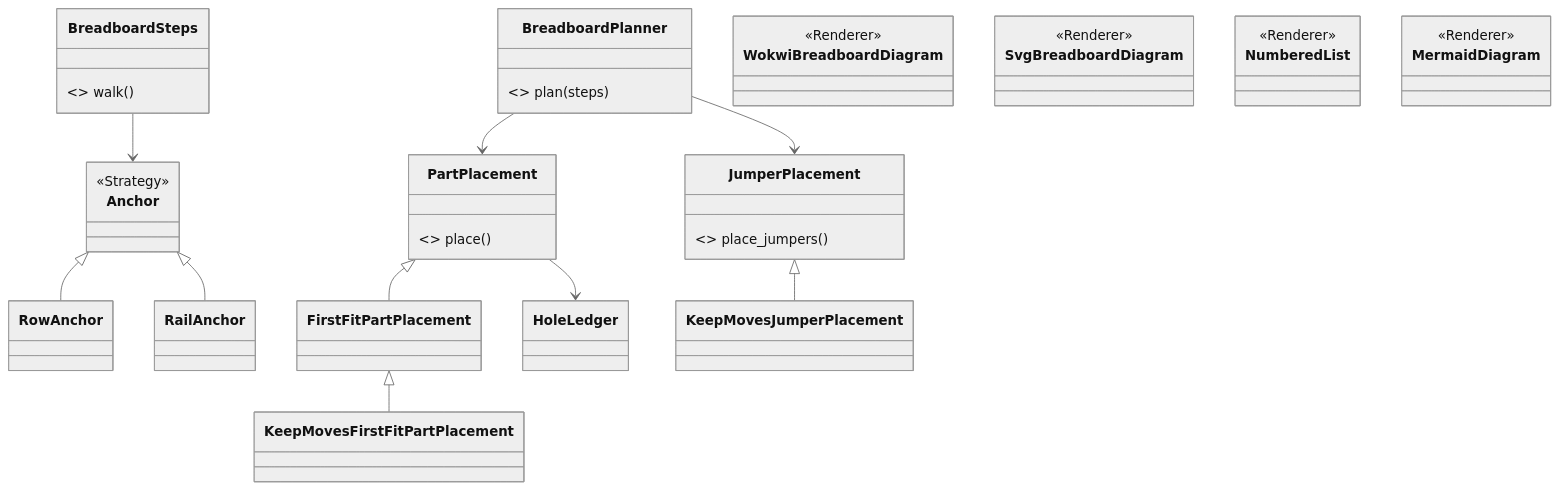
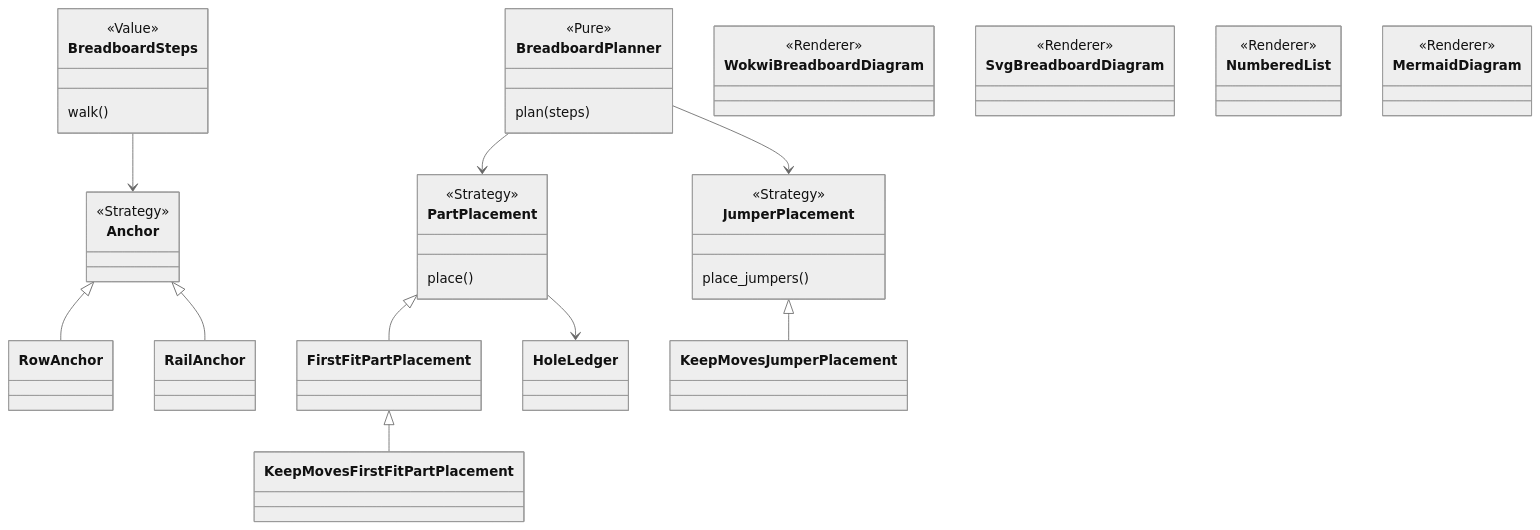
Before and after one commit to xmejkal/spark: the second of 5 diagrams in docs/discovery/2026-10-19-p322-code-architecture/facts.md, drawn with Mermaid (neutral theme). The commit also changed other lines of this file and 1 other file, not shown here.

````diff
--- a/docs/discovery/2026-10-19-p322-code-architecture/facts.md
+++ b/docs/discovery/2026-10-19-p322-code-architecture/facts.md
@@ -79,22 +124,44 @@
 ```mermaid
 classDiagram
-  class BreadboardSteps { <<Value>> walk() }
-  class Anchor { <<Strategy>> }
-  class BreadboardPlanner { <<Pure>> plan(steps) }
-  class PartPlacement { <<Strategy>> place() }
-  class JumperPlacement { <<Strategy>> place_jumpers() }
+  class BreadboardSteps {
+    <<Value>>
+    walk()
+  }
+  class Anchor {
+    <<Strategy>>
+  }
+  class BreadboardPlanner {
+    <<Pure>>
+    plan(steps)
+  }
+  class PartPlacement {
+    <<Strategy>>
+    place()
+  }
+  class JumperPlacement {
+    <<Strategy>>
+    place_jumpers()
+  }
   class HoleLedger
-  class WokwiBreadboardDiagram { <<Renderer>> }
-  class SvgBreadboardDiagram { <<Renderer>> }
-  class NumberedList { <<Renderer>> }
-  class MermaidDiagram { <<Renderer>> }
+  class WokwiBreadboardDiagram {
+    <<Renderer>>
+  }
+  class SvgBreadboardDiagram {
+    <<Renderer>>
+  }
+  class NumberedList {
+    <<Renderer>>
+  }
+  class MermaidDiagram {
+    <<Renderer>>
+  }
   Anchor <|-- RowAnchor
   Anchor <|-- RailAnchor
   PartPlacement <|-- FirstFitPartPlacement
   FirstFitPartPlacement <|-- KeepMovesFirstFitPartPlacement
   JumperPlacement <|-- KeepMovesJumperPlacement
   BreadboardSteps --> Anchor
   BreadboardPlanner --> PartPlacement
   BreadboardPlanner --> JumperPlacement
   PartPlacement --> HoleLedger
 ```
````
